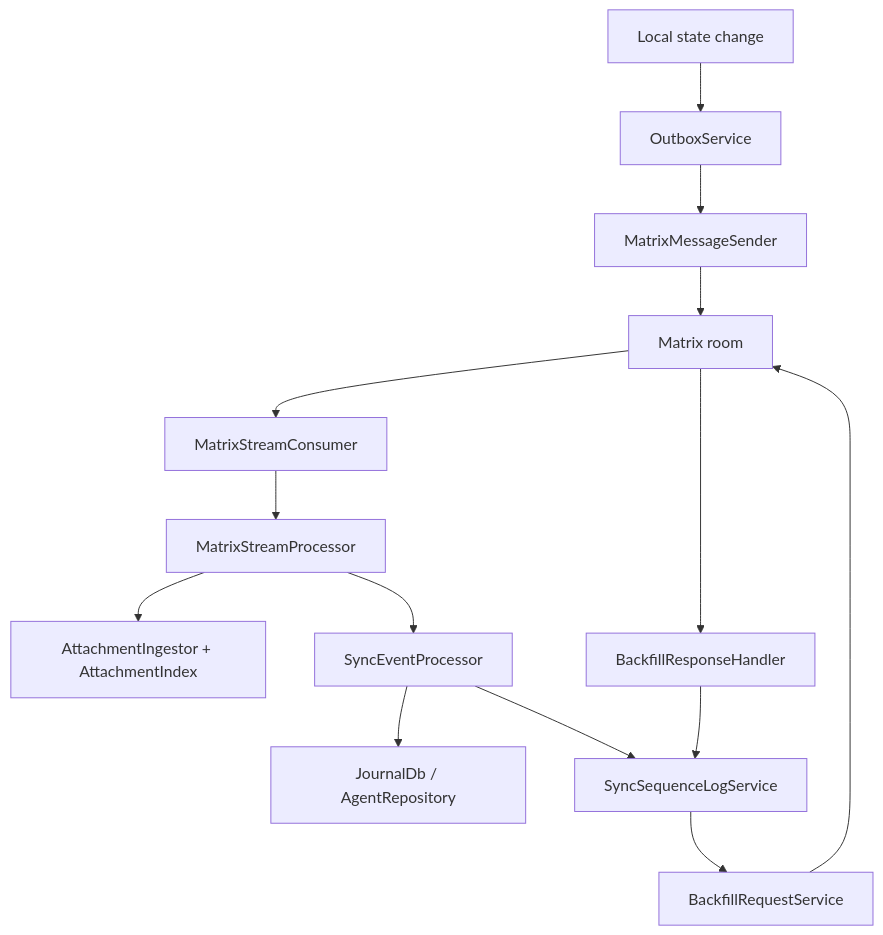
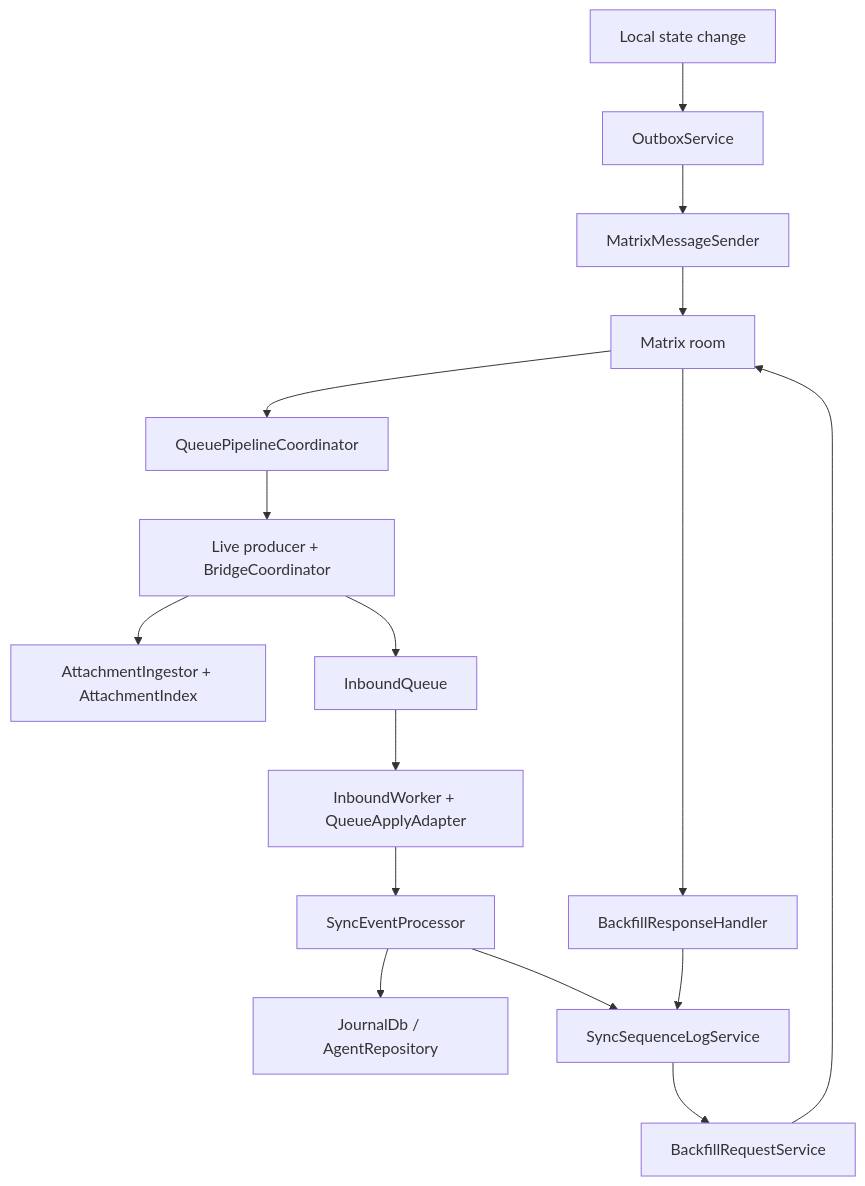
The first of 8 diagrams in docs/architecture/sync_current_architecture.md (matthiasn/lotti), drawn with Mermaid before and after one commit. The commit also changed other lines of this file and 9 other files, not shown here.

````diff
--- a/docs/architecture/sync_current_architecture.md
+++ b/docs/architecture/sync_current_architecture.md
@@ -32,16 +35,18 @@
 ```mermaid
 flowchart TD
   A["Local state change"] --> B["OutboxService"]
   B --> C["MatrixMessageSender"]
   C --> D["Matrix room"]
-  D --> E["MatrixStreamConsumer"]
-  E --> F["MatrixStreamProcessor"]
+  D --> E["QueuePipelineCoordinator"]
+  E --> F["Live producer + BridgeCoordinator"]
   F --> G["AttachmentIngestor + AttachmentIndex"]
-  F --> H["SyncEventProcessor"]
-  H --> I["JournalDb / AgentRepository"]
-  H --> J["SyncSequenceLogService"]
-  J --> K["BackfillRequestService"]
-  K --> D
-  D --> L["BackfillResponseHandler"]
-  L --> J
+  F --> H["InboundQueue"]
+  H --> I["InboundWorker + QueueApplyAdapter"]
+  I --> J["SyncEventProcessor"]
+  J --> K["JournalDb / AgentRepository"]
+  J --> L["SyncSequenceLogService"]
+  L --> M["BackfillRequestService"]
+  M --> D
+  D --> N["BackfillResponseHandler"]
+  N --> L
 ```
````
